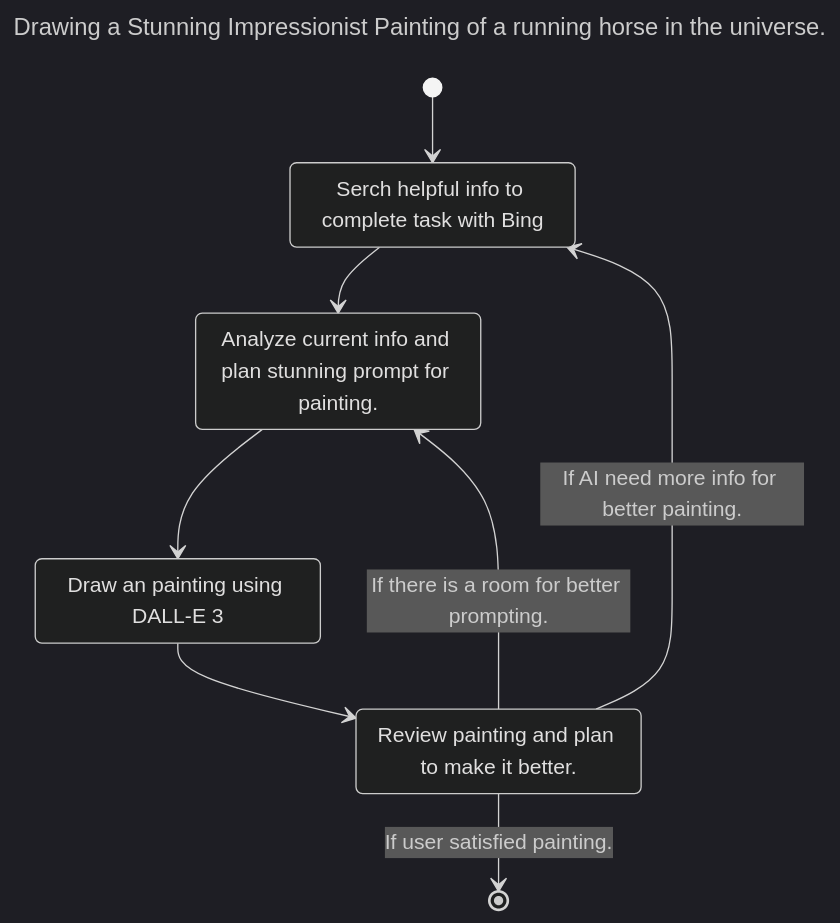
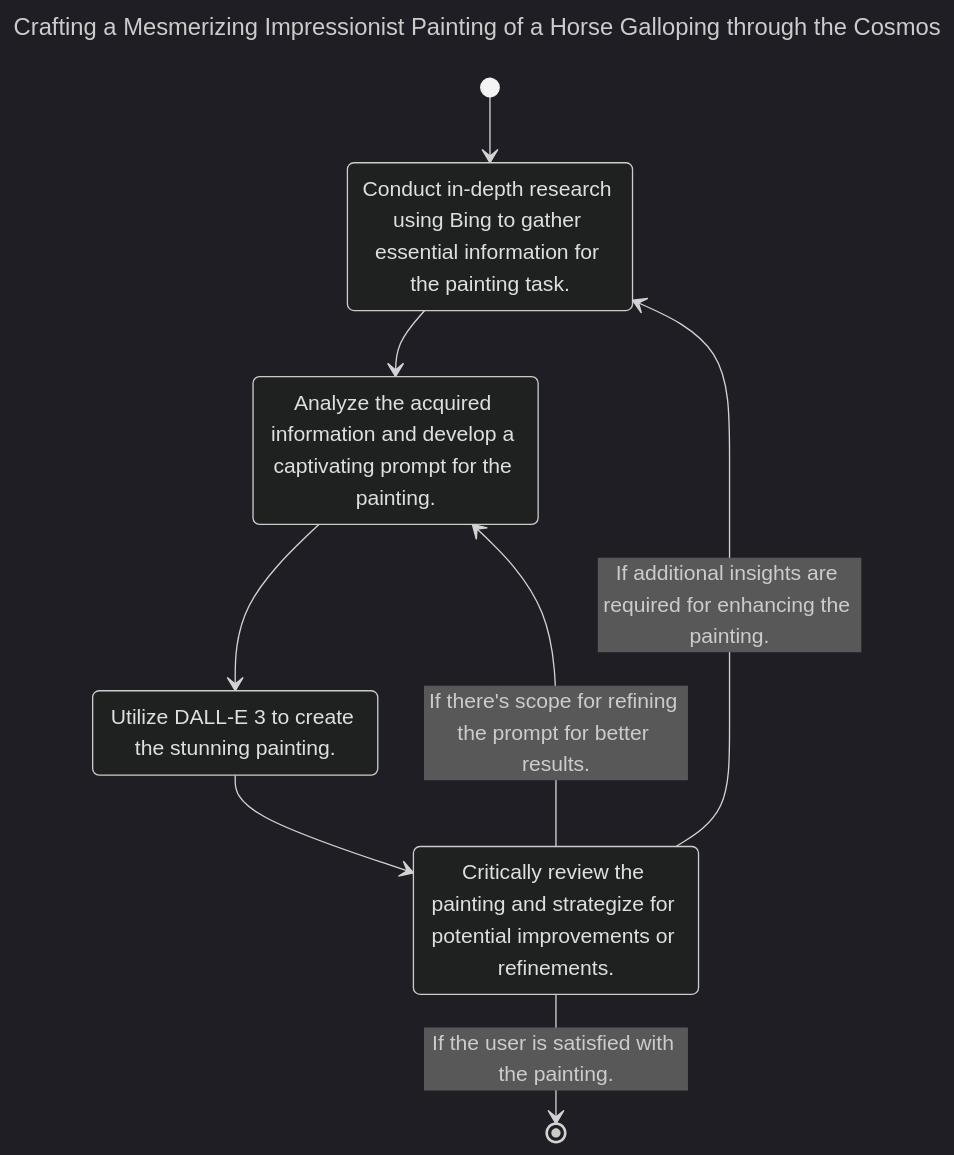
One commit to fladdict/llmermaid changed the second of 2 diagrams in README.md. Above: the diagram before and after it, drawn with Mermaid (dark theme).

````diff
--- a/README.md
+++ b/README.md
@@ -85,18 +85,18 @@
 ```mermaid
 ---
-title: Drawing a Stunning Impressionist Painting of a running horse in the universe.
+title: Crafting a Mesmerizing Impressionist Painting of a Horse Galloping through the Cosmos
 ---
 stateDiagram-v2
 [*] --> A
 A --> B
 B --> C
 C --> D
-D --> A: If AI need more info for better painting.
-D --> B: If there is a room for better prompting.
-D --> [*]: If user satisfied painting.
+D --> A: If additional insights are required for enhancing the painting.
+D --> B: If there's scope for refining the prompt for better results.
+D --> [*]: If the user is satisfied with the painting.
 
-A: Serch helpful info to complete task with Bing
-B: Analyze current info and plan stunning prompt for painting.
-C: Draw an painting using DALL-E 3
-D: Review painting and plan to make it better.
+A: Conduct in-depth research using Bing to gather essential information for the painting task.
+B: Analyze the acquired information and develop a captivating prompt for the painting.
+C: Utilize DALL-E 3 to create the stunning painting.
+D: Critically review the painting and strategize for potential improvements or refinements.
 ```
````
